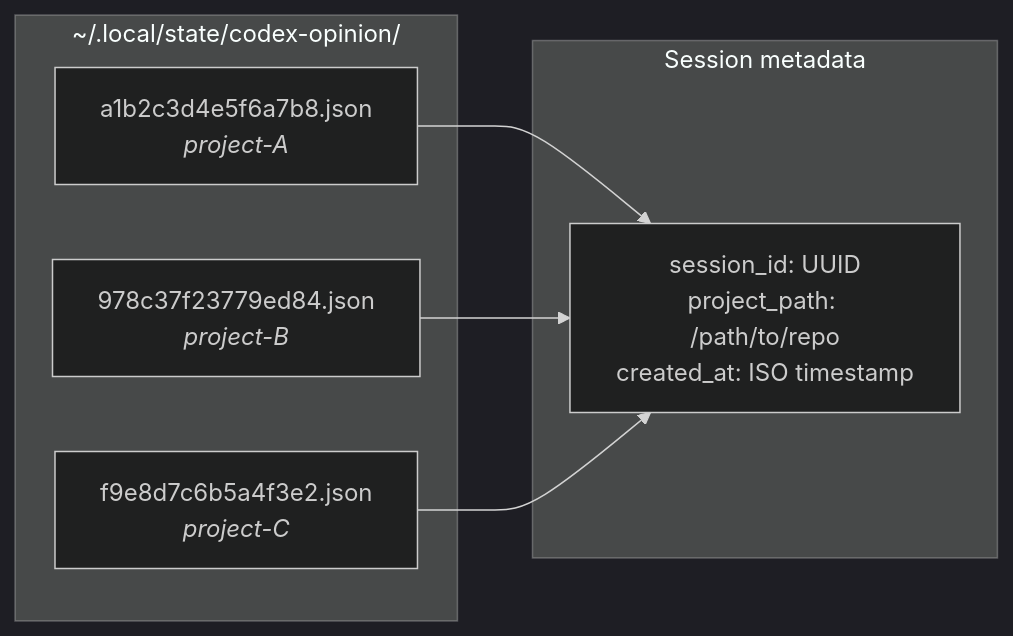
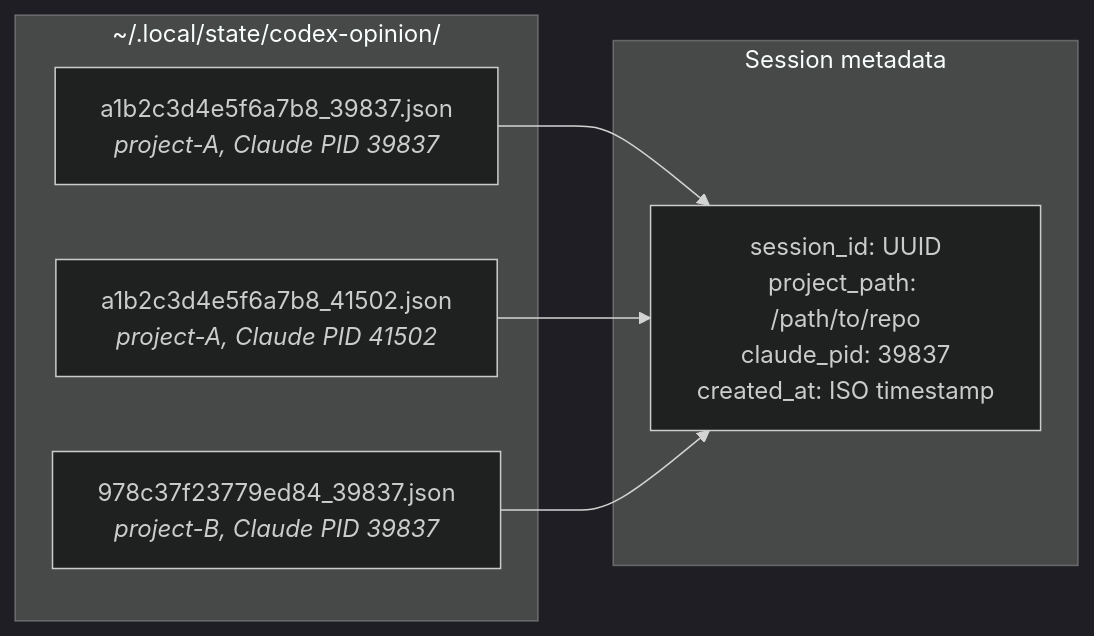
Before and after one commit to ehzawad/codex-opinion: the third of 4 diagrams in README.md, drawn with Mermaid (dark theme). The commit also changed other lines of this file and 3 other files, not shown here.

First line of the commit message:
scope Codex sessions to Claude Code session via grandparent PID

````diff
--- a/README.md
+++ b/README.md
@@ -82,16 +88,16 @@
 ```mermaid
 graph LR
     subgraph "~/.local/state/codex-opinion/"
-        A["a1b2c3d4e5f6a7b8.json<br/><i>project-A</i>"]
-        B["978c37f23779ed84.json<br/><i>project-B</i>"]
-        C["f9e8d7c6b5a4f3e2.json<br/><i>project-C</i>"]
+        A["a1b2c3d4e5f6a7b8_39837.json<br/><i>project-A, Claude PID 39837</i>"]
+        B["a1b2c3d4e5f6a7b8_41502.json<br/><i>project-A, Claude PID 41502</i>"]
+        C["978c37f23779ed84_39837.json<br/><i>project-B, Claude PID 39837</i>"]
     end
 
     subgraph "Session metadata"
-        D["session_id: UUID<br/>project_path: /path/to/repo<br/>created_at: ISO timestamp"]
+        D["session_id: UUID<br/>project_path: /path/to/repo<br/>claude_pid: 39837<br/>created_at: ISO timestamp"]
     end
 
     A --> D
     B --> D
     C --> D
 ```
````
